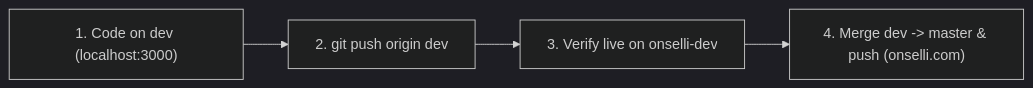
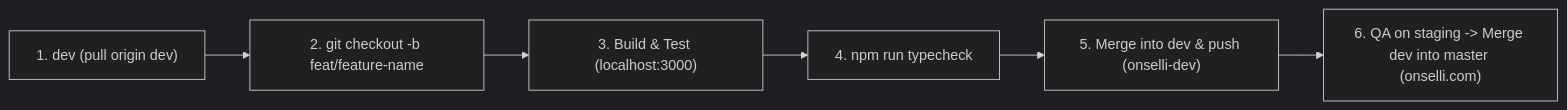
Before and after one commit to DanielBryte/onselli: the diagram in README.md, drawn with Mermaid (dark theme). The commit also changed other lines of this file and 1 other file, not shown here.

Commit message:
docs: establish feature branching workflow off dev with staging (onselli-dev) and prod (onselli.com)

````diff
--- a/README.md
+++ b/README.md
@@ -20,6 +19,8 @@
 ```mermaid
 flowchart LR
-    A["1. Code on dev (localhost:3000)"] --> B["2. git push origin dev"]
-    B --> C["3. Verify live on onselli-dev"]
-    C --> D["4. Merge dev -> master & push (onselli.com)"]
+    A["1. dev (pull origin dev)"] --> B["2. git checkout -b feat/feature-name"]
+    B --> C["3. Build & Test (localhost:3000)"]
+    C --> D["4. npm run typecheck"]
+    D --> E["5. Merge into dev & push (onselli-dev)"]
+    E --> F["6. QA on staging -> Merge dev into master (onselli.com)"]
 ```
````
